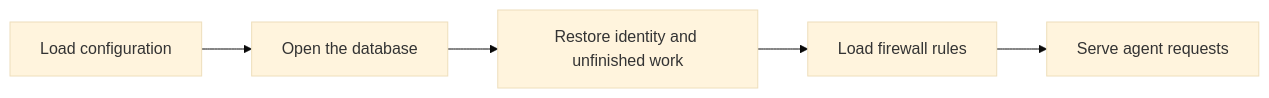
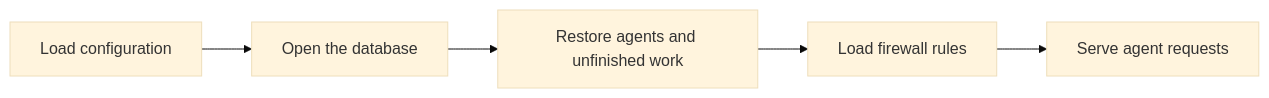
Before and after one commit to chughtapan/moltzap-staging: the first of 3 diagrams in packages/social-harness/src/harness/README.md, drawn with Mermaid (base theme). The commit also changed other lines of this file and 36 other files, not shown here.

````diff
--- a/packages/social-harness/src/harness/README.md
+++ b/packages/social-harness/src/harness/README.md
@@ -8,7 +8,7 @@
 ```mermaid
 flowchart LR
   A[Load configuration] --> B[Open the database]
-  B --> C[Restore identity and unfinished work]
+  B --> C[Restore agents and unfinished work]
   C --> D[Load firewall rules]
   D --> E[Serve agent requests]
 ```
````
